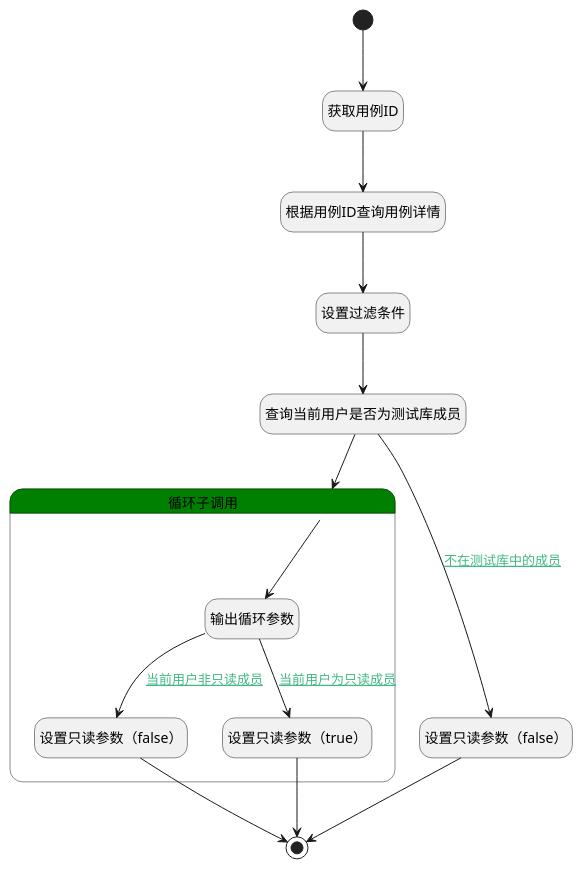
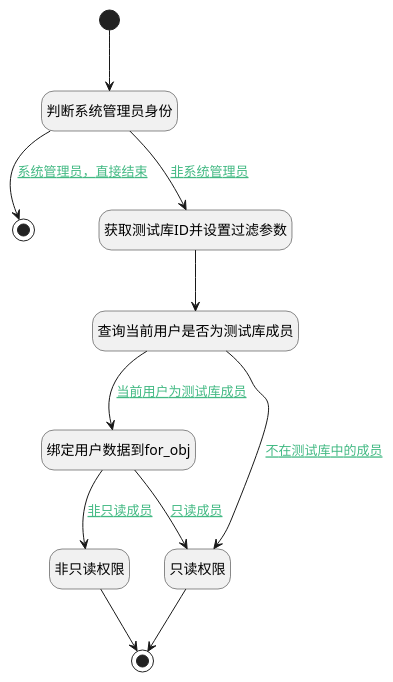
The diagram in doc/docsify/module/TestMgmt/run/logic/get_library_member.md (iBizLab/plm), drawn with PlantUML before and after one commit. The commit also changed other lines of this file and 1068 other files, not shown here.

````diff
--- a/doc/docsify/module/TestMgmt/run/logic/get_library_member.md
+++ b/doc/docsify/module/TestMgmt/run/logic/get_library_member.md
@@ -7,40 +7,35 @@
 ```plantuml
 @startuml
 hide empty description
 <style>
 root {
   HyperlinkColor #42b983
 }
 </style>
 
 hide empty description
 state "开始" as Begin <<start>> [[$./get_library_member#begin {"开始"}]]
-state "根据用例ID查询用例详情" as DEACTION1  [[$./get_library_member#deaction1 {"根据用例ID查询用例详情"}]]
-state "设置过滤条件" as PREPAREPARAM2  [[$./get_library_member#prepareparam2 {"设置过滤条件"}]]
+state "判断系统管理员身份" as RAWSFCODE3  [[$./get_library_member#rawsfcode3 {"判断系统管理员身份"}]]
+state "结束" as END2 <<end>> [[$./get_library_member#end2 {"结束"}]]
+state "获取测试库ID并设置过滤参数" as PREPAREPARAM2  [[$./get_library_member#prepareparam2 {"获取测试库ID并设置过滤参数"}]]
 state "查询当前用户是否为测试库成员" as DEDATASET3  [[$./get_library_member#dedataset3 {"查询当前用户是否为测试库成员"}]]
+state "绑定用户数据到for_obj" as PREPAREPARAM5  [[$./get_library_member#prepareparam5 {"绑定用户数据到for_obj"}]]
+state "只读权限" as RAWSFCODE1  [[$./get_library_member#rawsfcode1 {"只读权限"}]]
+state "非只读权限" as RAWSFCODE2  [[$./get_library_member#rawsfcode2 {"非只读权限"}]]
 state "结束" as END6 <<end>> [[$./get_library_member#end6 {"结束"}]]
-state "获取用例ID" as PREPAREPARAM5  [[$./get_library_member#prepareparam5 {"获取用例ID"}]]
-state "设置只读参数（false）" as PREPAREPARAM8  [[$./get_library_member#prepareparam8 {"设置只读参数（false）"}]]
-state "循环子调用" as LOOPSUBCALL3  [[$./get_library_member#loopsubcall3 {"循环子调用"}]] #green {
-state "输出循环参数" as DEBUGPARAM6  [[$./get_library_member#debugparam6 {"输出循环参数"}]]
-state "设置只读参数（false）" as PREPAREPARAM9  [[$./get_library_member#prepareparam9 {"设置只读参数（false）"}]]
-state "设置只读参数（true）" as PREPAREPARAM10  [[$./get_library_member#prepareparam10 {"设置只读参数（true）"}]]
-}
 
 
-Begin --> PREPAREPARAM5
-PREPAREPARAM5 --> DEACTION1
-DEACTION1 --> PREPAREPARAM2
+Begin --> RAWSFCODE3
+RAWSFCODE3 --> PREPAREPARAM2 : [[$./get_library_member#rawsfcode3-prepareparam2{非系统管理员} 非系统管理员]]
 PREPAREPARAM2 --> DEDATASET3
-DEDATASET3 --> PREPAREPARAM8 : [[$./get_library_member#dedataset3-prepareparam8{不在测试库中的成员} 不在测试库中的成员]]
-PREPAREPARAM8 --> END6
-DEDATASET3 --> LOOPSUBCALL3
-LOOPSUBCALL3 --> DEBUGPARAM6
-DEBUGPARAM6 --> PREPAREPARAM9 : [[$./get_library_member#debugparam6-prepareparam9{当前用户非只读成员} 当前用户非只读成员]]
-PREPAREPARAM9 --> END6
-DEBUGPARAM6 --> PREPAREPARAM10 : [[$./get_library_member#debugparam6-prepareparam10{当前用户为只读成员} 当前用户为只读成员]]
-PREPAREPARAM10 --> END6
+DEDATASET3 --> RAWSFCODE1 : [[$./get_library_member#dedataset3-rawsfcode1{不在测试库中的成员} 不在测试库中的成员]]
+RAWSFCODE1 --> END6
+DEDATASET3 --> PREPAREPARAM5 : [[$./get_library_member#dedataset3-prepareparam5{当前用户为测试库成员} 当前用户为测试库成员]]
+PREPAREPARAM5 --> RAWSFCODE2 : [[$./get_library_member#prepareparam5-rawsfcode2{非只读成员} 非只读成员]]
+RAWSFCODE2 --> END6
+PREPAREPARAM5 --> RAWSFCODE1 : [[$./get_library_member#prepareparam5-rawsfcode1{只读成员} 只读成员]]
+RAWSFCODE3 --> END2 : [[$./get_library_member#rawsfcode3-end2{系统管理员，直接结束} 系统管理员，直接结束]]
 
 
 @enduml
 ```
````
